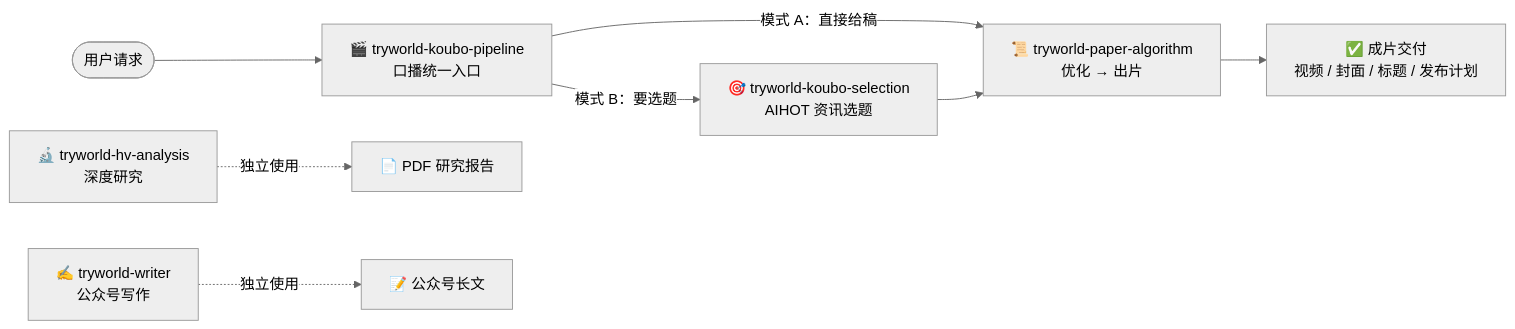
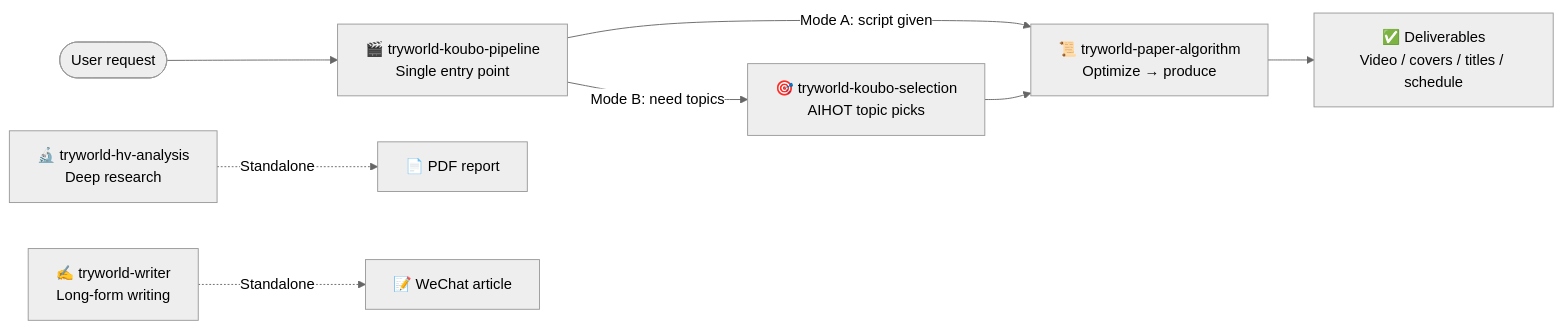
One commit to TryWorld2026/paper-algorithm changed the diagram in README.md. Above: the diagram before and after it, drawn with Mermaid (neutral theme). The commit also changed other lines of this file and 1 other file, not shown here.

````diff
--- a/README.md
+++ b/README.md
@@ -27,10 +42,10 @@
 ```mermaid
 flowchart LR
-    U(["用户请求"]) --> P["🎬 tryworld-koubo-pipeline<br/>口播统一入口"]
-    P -- "模式 A：直接给稿" --> A["📜 tryworld-paper-algorithm<br/>优化 → 出片"]
-    P -- "模式 B：要选题" --> S["🎯 tryworld-koubo-selection<br/>AIHOT 资讯选题"]
+    U(["User request"]) --> P["🎬 tryworld-koubo-pipeline<br/>Single entry point"]
+    P -- "Mode A: script given" --> A["📜 tryworld-paper-algorithm<br/>Optimize → produce"]
+    P -- "Mode B: need topics" --> S["🎯 tryworld-koubo-selection<br/>AIHOT topic picks"]
     S --> A
-    A --> O["✅ 成片交付<br/>视频 / 封面 / 标题 / 发布计划"]
-    H["🔬 tryworld-hv-analysis<br/>深度研究"] -. "独立使用" .-> R["📄 PDF 研究报告"]
-    W["✍️ tryworld-writer<br/>公众号写作"] -. "独立使用" .-> C["📝 公众号长文"]
+    A --> O["✅ Deliverables<br/>Video / covers / titles / schedule"]
+    H["🔬 tryworld-hv-analysis<br/>Deep research"] -. "Standalone" .-> R["📄 PDF report"]
+    W["✍️ tryworld-writer<br/>Long-form writing"] -. "Standalone" .-> C["📝 WeChat article"]
 ```
````
